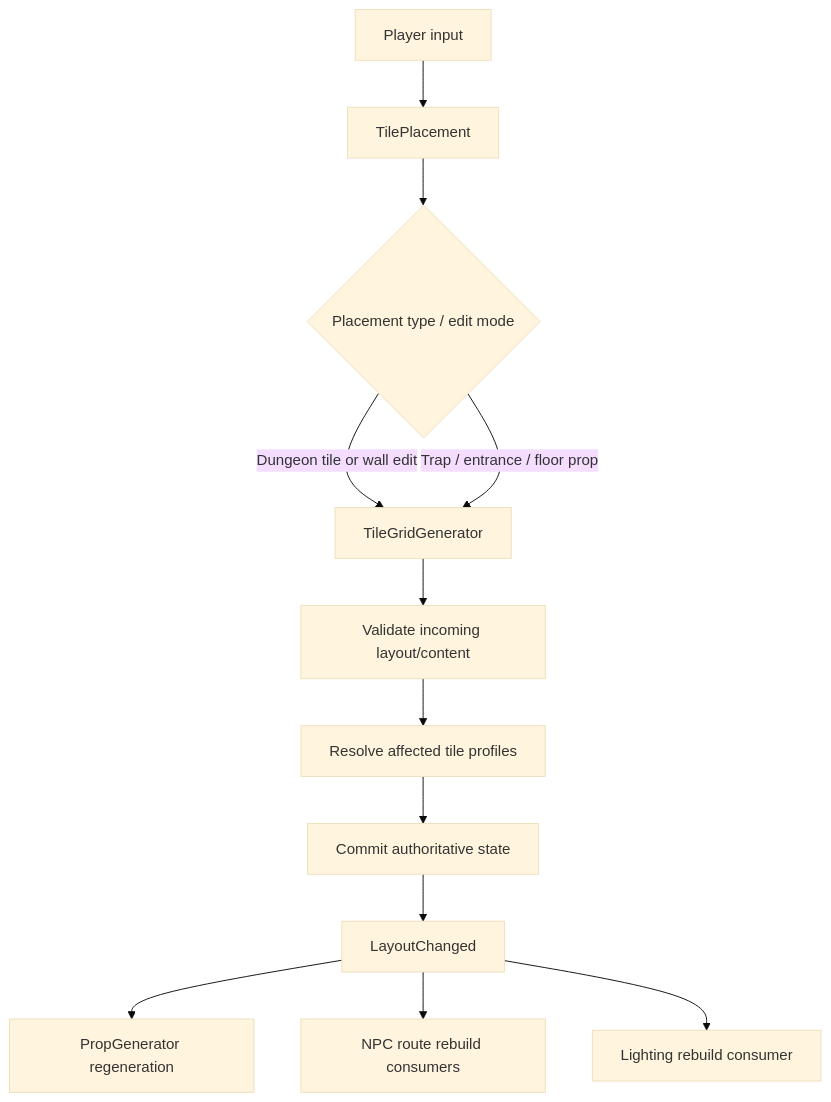
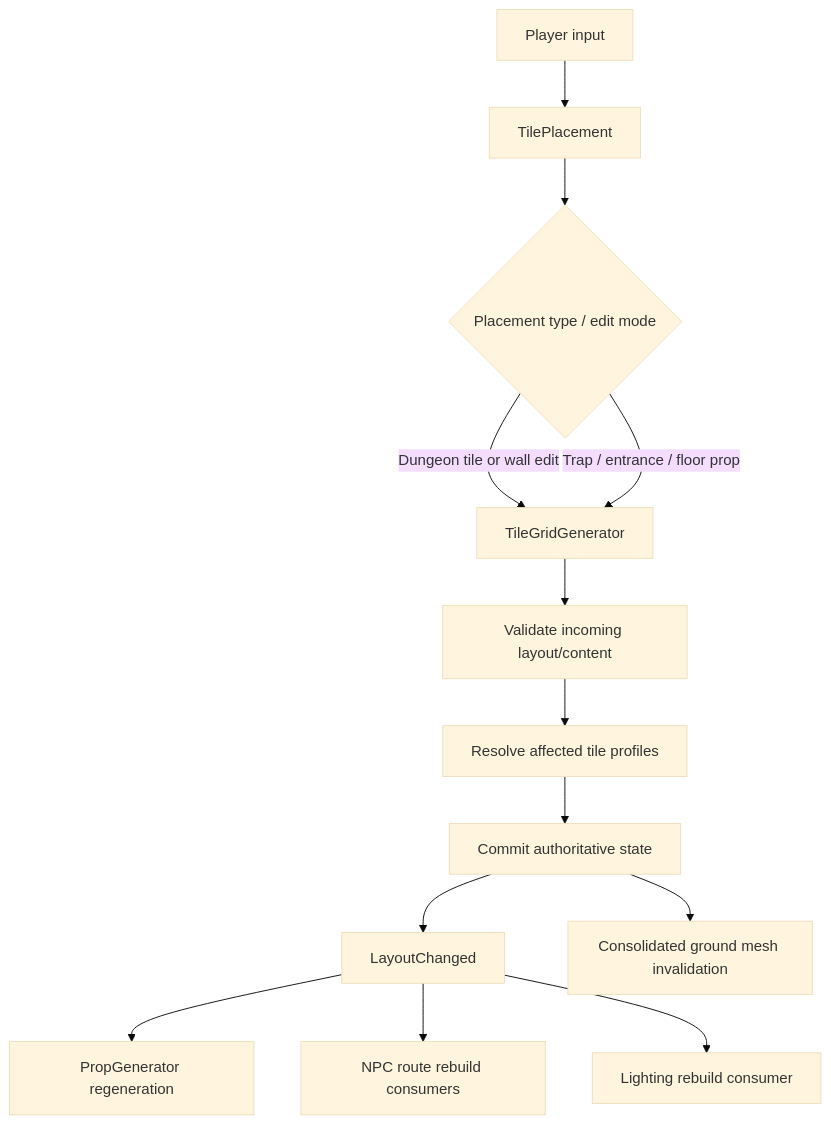
Before and after one commit to danielbodunov/DungeonSim: the diagram in docs/Architecture/Dungeon_Generation.md, drawn with Mermaid (base theme). The commit also changed other lines of this file and 12 other files, not shown here.

Commit message:
Implement RENDER-08 consolidated ground surface

````diff
--- a/docs/Architecture/Dungeon_Generation.md
+++ b/docs/Architecture/Dungeon_Generation.md
@@ -18,14 +22,15 @@
 ```mermaid
 flowchart TD
     A[Player input] --> B[TilePlacement]
     B --> C{Placement type / edit mode}
     C -->|Dungeon tile or wall edit| D[TileGridGenerator]
     C -->|Trap / entrance / floor prop| D
     D --> E[Validate incoming layout/content]
     E --> F[Resolve affected tile profiles]
     F --> G[Commit authoritative state]
     G --> H[LayoutChanged]
     H --> I[PropGenerator regeneration]
     H --> J[NPC route rebuild consumers]
     H --> K[Lighting rebuild consumer]
+    G --> L[Consolidated ground mesh invalidation]
 ```
````
